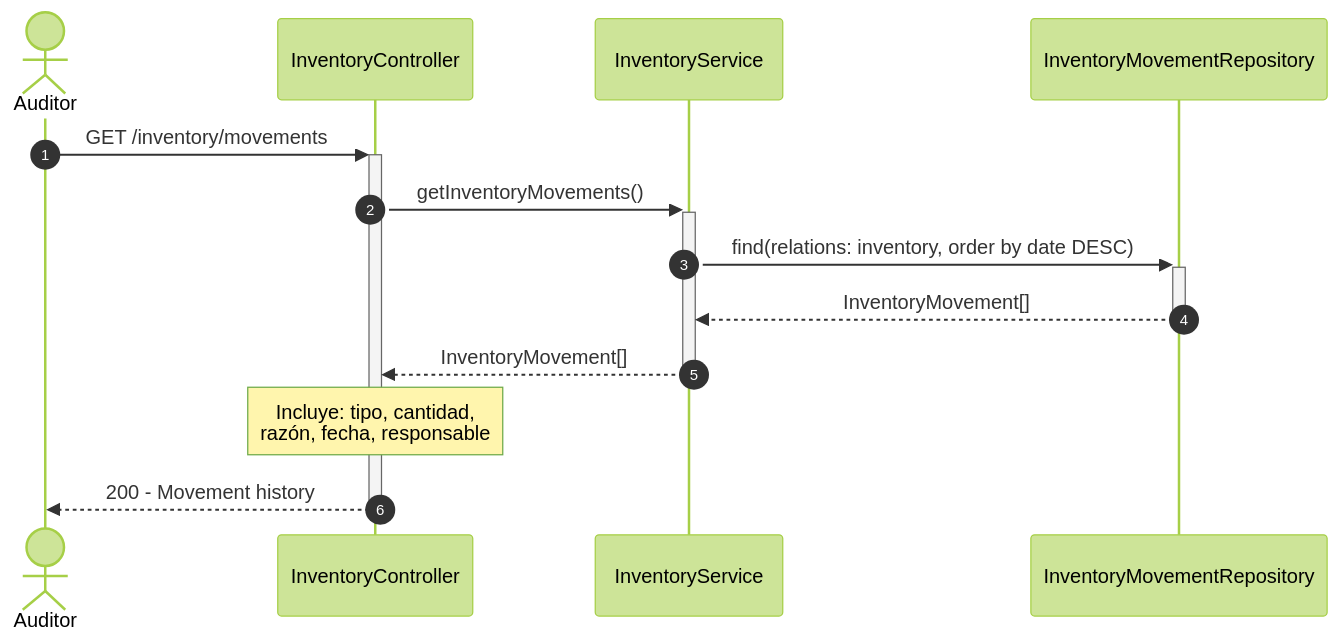
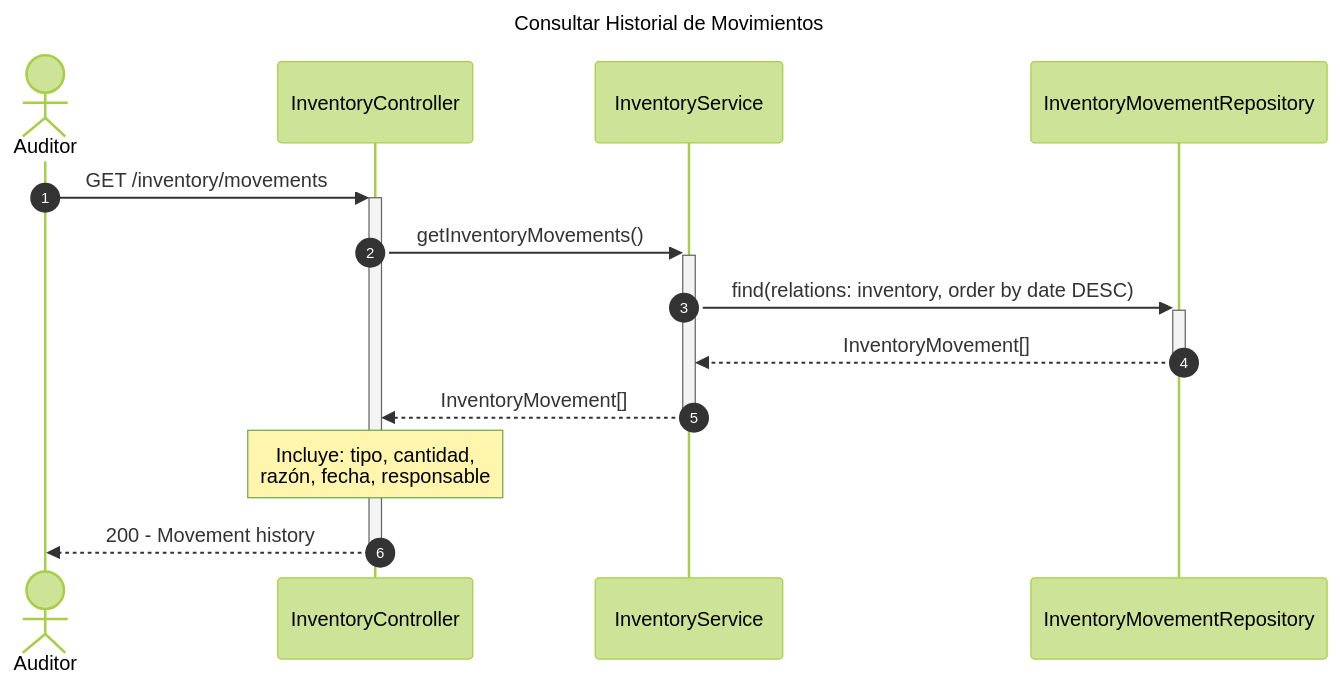
Before and after one commit to Nick220505/hotelier-backend: the eighth of 8 diagrams in diagrams/sequence/inventory-sequence-diagram.md, drawn with Mermaid (forest theme). The commit also changed other lines of this file and 5 other files, not shown here.

Commit message:
Add titles to sequence diagrams for Billing, Employees, Inventory, Reservations, Restaurant, and Users modules

````diff
--- a/diagrams/sequence/inventory-sequence-diagram.md
+++ b/diagrams/sequence/inventory-sequence-diagram.md
@@ -257,18 +278,21 @@
 ```mermaid
+---
+title: Consultar Historial de Movimientos
+---
 sequenceDiagram
     autonumber
     actor Auditor
     participant Controller as InventoryController
     participant Service as InventoryService
     participant MovementRepo as InventoryMovementRepository
 
     Auditor->>+Controller: GET /inventory/movements
     Controller->>+Service: getInventoryMovements()
     
     Service->>+MovementRepo: find(relations: inventory, order by date DESC)
     MovementRepo-->>-Service: InventoryMovement[]
     
     Service-->>-Controller: InventoryMovement[]
     Note over Controller: Incluye: tipo, cantidad,<br/>razón, fecha, responsable
     Controller-->>-Auditor: 200 - Movement history
 ```
````
